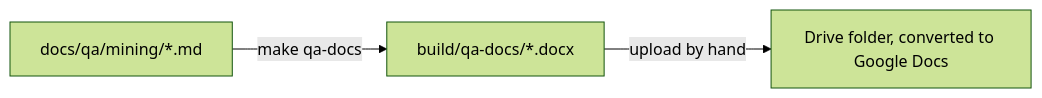
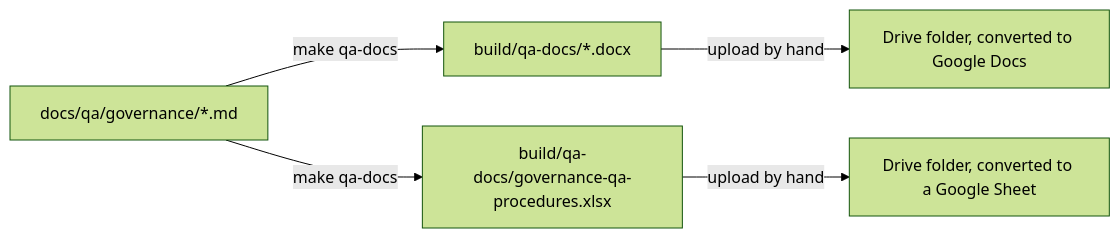
One commit to miketak/carbonos changed the diagram in docs/how-to/publish-qa-procedures.md. Above: the diagram before and after it, drawn with Mermaid (forest theme). The commit also changed other lines of this file and 10 other files, not shown here.

First line of the commit message:
feat(qa): a verdict workbook beside the QA documents, one row per step (#144)

````diff
--- a/docs/how-to/publish-qa-procedures.md
+++ b/docs/how-to/publish-qa-procedures.md
@@ -16,7 +19,9 @@
 ```mermaid
 flowchart LR
     accTitle: How a QA procedure becomes a Google Doc
-    accDescr: make qa-docs converts one persona under docs/qa with pandoc, rewriting spec links to GitHub, setting landscape pages and outlining the tables, into DOCX files under build/qa-docs; the maintainer uploads them to the shared Drive folder, which converts them to Google Docs.
-    md[docs/qa/mining/*.md] -->|make qa-docs| docx[build/qa-docs/*.docx]
+    accDescr: make qa-docs converts one persona under docs/qa with pandoc, rewriting spec links to GitHub, setting landscape pages and outlining the tables, into DOCX files under build/qa-docs, and builds the verdict workbook from the same Markdown; the maintainer uploads both to the shared Drive folder, which converts the documents to Google Docs and the workbook to a Google Sheet.
+    md[docs/qa/governance/*.md] -->|make qa-docs| docx[build/qa-docs/*.docx]
+    md -->|make qa-docs| xlsx[build/qa-docs/governance-qa-procedures.xlsx]
     docx -->|upload by hand| drive[Drive folder, converted to Google Docs]
+    xlsx -->|upload by hand| sheet[Drive folder, converted to a Google Sheet]
 ```
````
